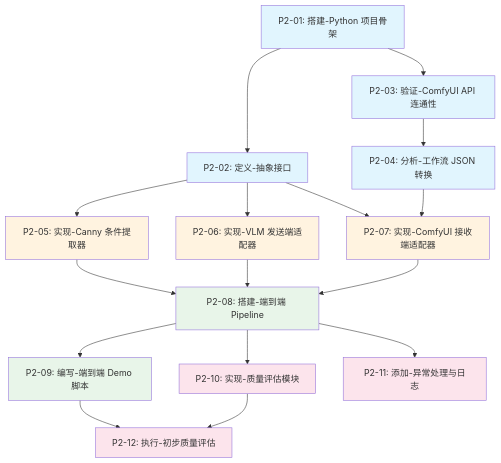
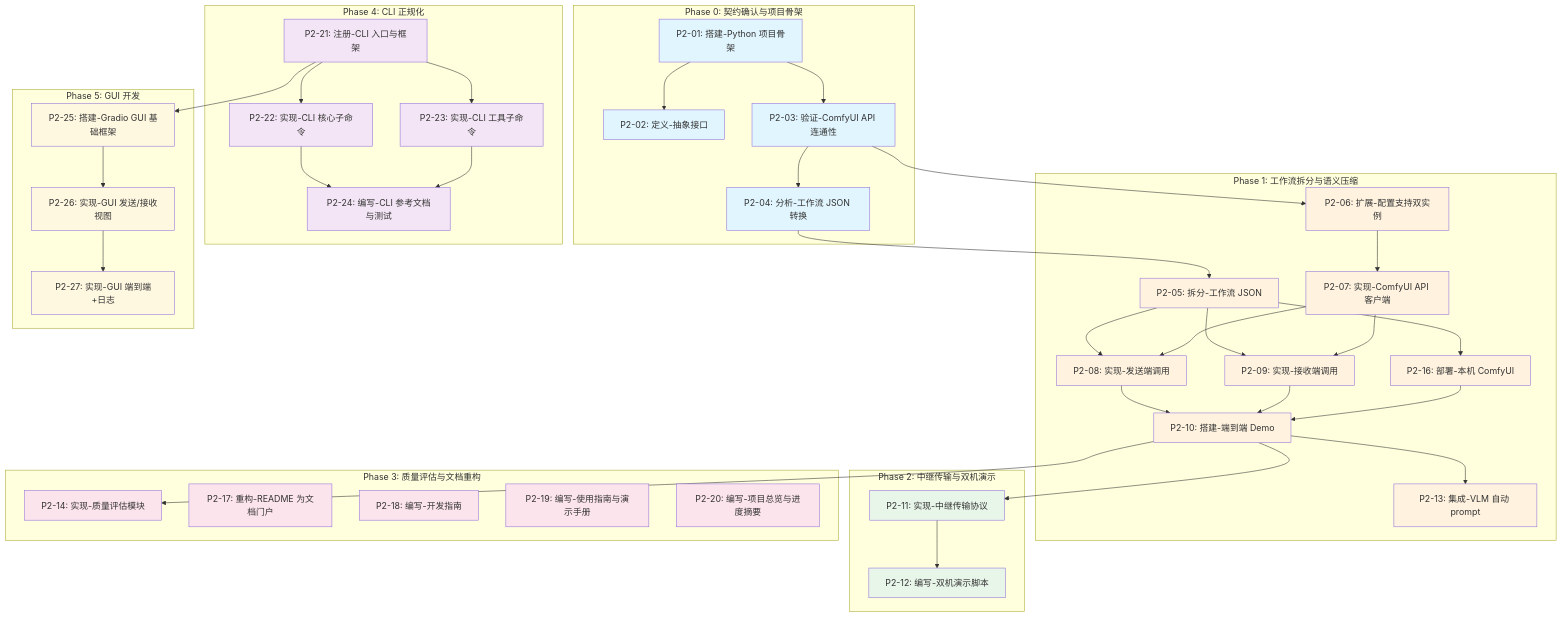
Before and after one commit to chy5301/semantic-transmission: the diagram in docs/workflow/DEPENDENCY_MAP.md, drawn with Mermaid. The commit also changed other lines of this file and 4 other files, not shown here.

First line of the commit message:
chore(workflow): 新增文档体系+CLI+GUI 三大方向任务计划（P2-17~P2-27）

````diff
--- a/docs/workflow/DEPENDENCY_MAP.md
+++ b/docs/workflow/DEPENDENCY_MAP.md
@@ -5,34 +5,89 @@
 ```mermaid
 graph TD
-    P2-01[P2-01: 搭建-Python 项目骨架]
-    P2-02[P2-02: 定义-抽象接口]
-    P2-03[P2-03: 验证-ComfyUI API 连通性]
-    P2-04[P2-04: 分析-工作流 JSON 转换]
-    P2-05[P2-05: 实现-Canny 条件提取器]
-    P2-06[P2-06: 实现-VLM 发送端适配器]
-    P2-07[P2-07: 实现-ComfyUI 接收端适配器]
-    P2-08[P2-08: 搭建-端到端 Pipeline]
-    P2-09[P2-09: 编写-端到端 Demo 脚本]
-    P2-10[P2-10: 实现-质量评估模块]
-    P2-11[P2-11: 添加-异常处理与日志]
-    P2-12[P2-12: 执行-初步质量评估]
+    subgraph phase0["Phase 0: 契约确认与项目骨架"]
+        P2-01[P2-01: 搭建-Python 项目骨架]
+        P2-02[P2-02: 定义-抽象接口]
+        P2-03[P2-03: 验证-ComfyUI API 连通性]
+        P2-04[P2-04: 分析-工作流 JSON 转换]
+    end
 
+    subgraph phase1["Phase 1: 工作流拆分与语义压缩"]
+        P2-05[P2-05: 拆分-工作流 JSON]
+        P2-06[P2-06: 扩展-配置支持双实例]
+        P2-07[P2-07: 实现-ComfyUI API 客户端]
+        P2-08[P2-08: 实现-发送端调用]
+        P2-09[P2-09: 实现-接收端调用]
+        P2-16[P2-16: 部署-本机 ComfyUI]
+        P2-10[P2-10: 搭建-端到端 Demo]
+        P2-13[P2-13: 集成-VLM 自动 prompt]
+    end
+
+    subgraph phase2["Phase 2: 中继传输与双机演示"]
+        P2-11[P2-11: 实现-中继传输协议]
+        P2-12[P2-12: 编写-双机演示脚本]
+    end
+
+    subgraph phase3["Phase 3: 质量评估与文档重构"]
+        P2-14[P2-14: 实现-质量评估模块]
+        P2-17[P2-17: 重构-README 为文档门户]
+        P2-18[P2-18: 编写-开发指南]
+        P2-19[P2-19: 编写-使用指南与演示手册]
+        P2-20[P2-20: 编写-项目总览与进度摘要]
+    end
+
+    subgraph phase4["Phase 4: CLI 正规化"]
+        P2-21[P2-21: 注册-CLI 入口与框架]
+        P2-22[P2-22: 实现-CLI 核心子命令]
+        P2-23[P2-23: 实现-CLI 工具子命令]
+        P2-24[P2-24: 编写-CLI 参考文档与测试]
+    end
+
+    subgraph phase5["Phase 5: GUI 开发"]
+        P2-25[P2-25: 搭建-Gradio GUI 基础框架]
+        P2-26[P2-26: 实现-GUI 发送/接收视图]
+        P2-27[P2-27: 实现-GUI 端到端+日志]
+    end
+
+    %% Phase 0 内部
     P2-01 --> P2-02
     P2-01 --> P2-03
     P2-03 --> P2-04
-    P2-02 --> P2-05
-    P2-02 --> P2-06
-    P2-02 --> P2-07
-    P2-04 --> P2-07
+
+    %% Phase 0 → Phase 1
+    P2-04 --> P2-05
+    P2-03 --> P2-06
+    P2-06 --> P2-07
     P2-05 --> P2-08
-    P2-06 --> P2-08
     P2-07 --> P2-08
-    P2-08 --> P2-09
+    P2-05 --> P2-09
+    P2-07 --> P2-09
+    P2-05 --> P2-16
     P2-08 --> P2-10
-    P2-08 --> P2-11
-    P2-09 --> P2-12
-    P2-10 --> P2-12
+    P2-09 --> P2-10
+    P2-16 --> P2-10
+    P2-10 --> P2-13
 
+    %% Phase 1 → Phase 2
+    P2-10 --> P2-11
+    P2-11 --> P2-12
+
+    %% Phase 1 → Phase 3
+    P2-10 --> P2-14
+
+    %% Phase 3 内部：P2-17~P2-20 无依赖
+
+    %% Phase 4 内部
+    P2-21 --> P2-22
+    P2-21 --> P2-23
+    P2-22 --> P2-24
+    P2-23 --> P2-24
+
+    %% Phase 4 → Phase 5
+    P2-21 --> P2-25
+    P2-25 --> P2-26
+    P2-26 --> P2-27
+
+    %% 样式
     style P2-01 fill:#e1f5fe
     style P2-02 fill:#e1f5fe
     style P2-03 fill:#e1f5fe
@@ -40,9 +95,23 @@
     style P2-05 fill:#fff3e0
     style P2-06 fill:#fff3e0
     style P2-07 fill:#fff3e0
-    style P2-08 fill:#e8f5e9
-    style P2-09 fill:#e8f5e9
-    style P2-10 fill:#fce4ec
-    style P2-11 fill:#fce4ec
-    style P2-12 fill:#fce4ec
+    style P2-08 fill:#fff3e0
+    style P2-09 fill:#fff3e0
+    style P2-16 fill:#fff3e0
+    style P2-10 fill:#fff3e0
+    style P2-13 fill:#fff3e0
+    style P2-11 fill:#e8f5e9
+    style P2-12 fill:#e8f5e9
+    style P2-14 fill:#fce4ec
+    style P2-17 fill:#fce4ec
+    style P2-18 fill:#fce4ec
+    style P2-19 fill:#fce4ec
+    style P2-20 fill:#fce4ec
+    style P2-21 fill:#f3e5f5
+    style P2-22 fill:#f3e5f5
+    style P2-23 fill:#f3e5f5
+    style P2-24 fill:#f3e5f5
+    style P2-25 fill:#fff8e1
+    style P2-26 fill:#fff8e1
+    style P2-27 fill:#fff8e1
 ```
````
